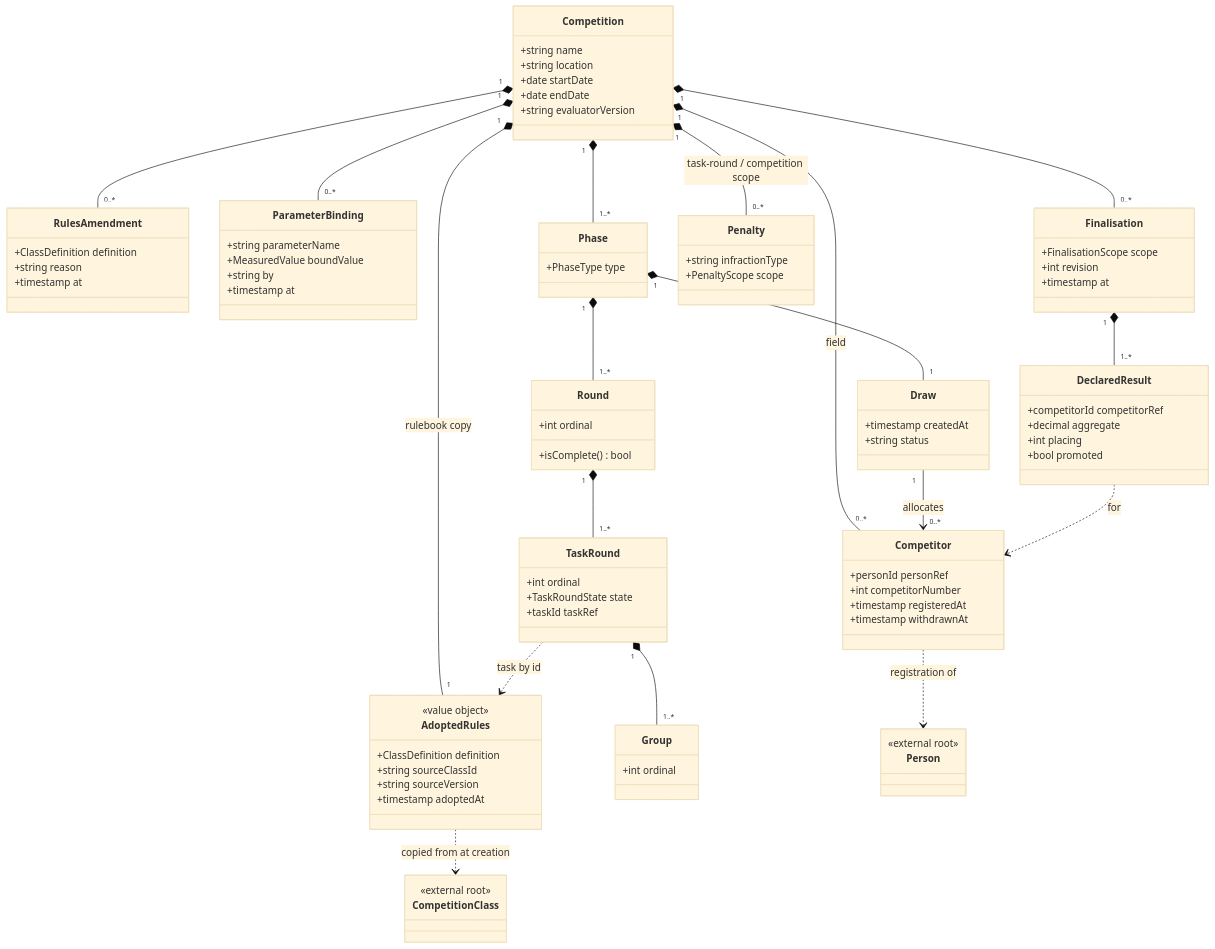
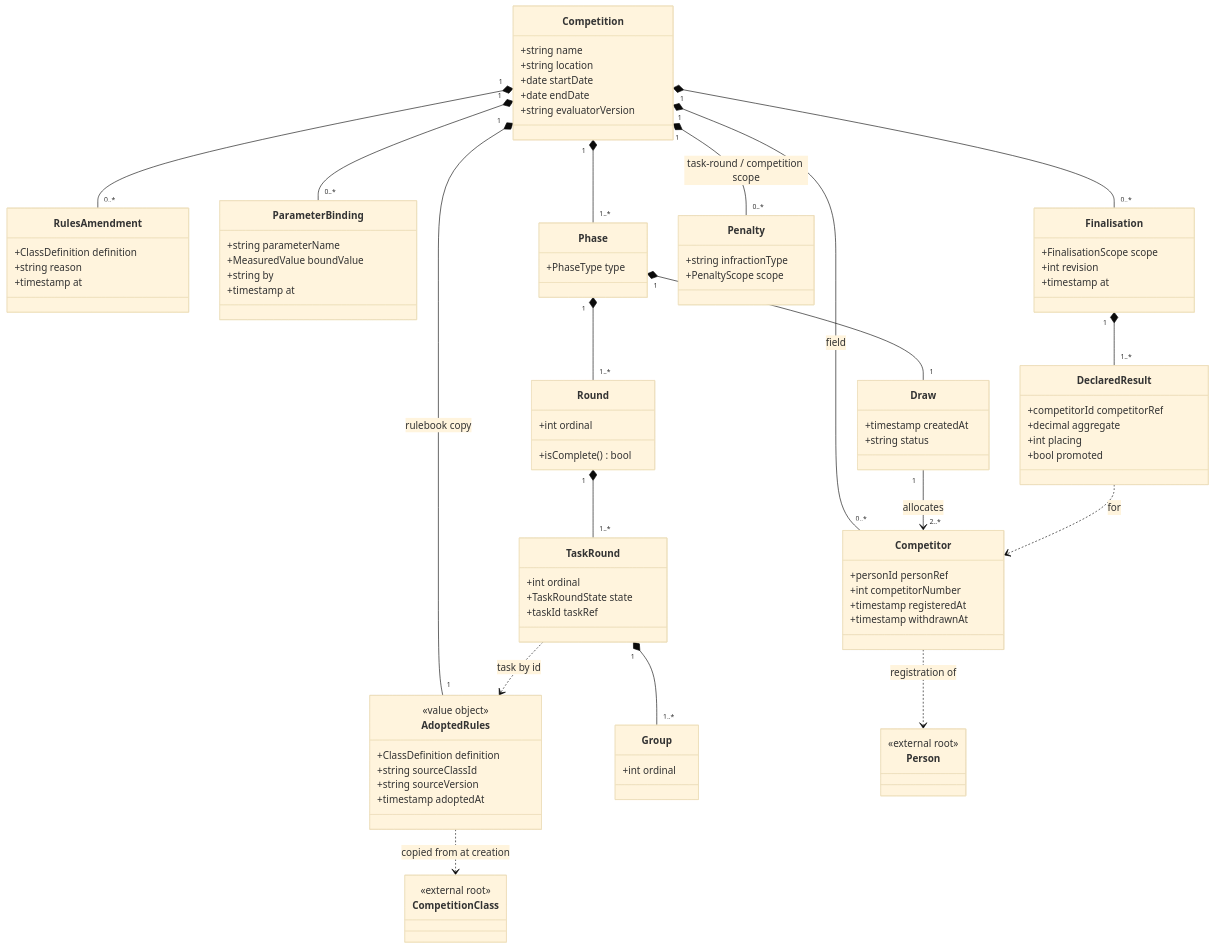
The third of 5 diagrams in docs/aggregate-roots.md (petegee/Soarscore2), drawn with Mermaid (base theme) before and after one commit. The commit also changed 13 other files, not shown here.

```diff
--- a/docs/aggregate-roots.md
+++ b/docs/aggregate-roots.md
@@ -300,7 +300,7 @@
     TaskRound "1" *-- "1..*" Group
     Competition "1" *-- "0..*" Penalty : task-round / competition scope
 
-    Draw "1" --> "0..*" Competitor : allocates
+    Draw "1" --> "2..*" Competitor : allocates
     Competitor ..> Person : registration of
     DeclaredResult ..> Competitor : for
     TaskRound ..> AdoptedRules : task by id
```
